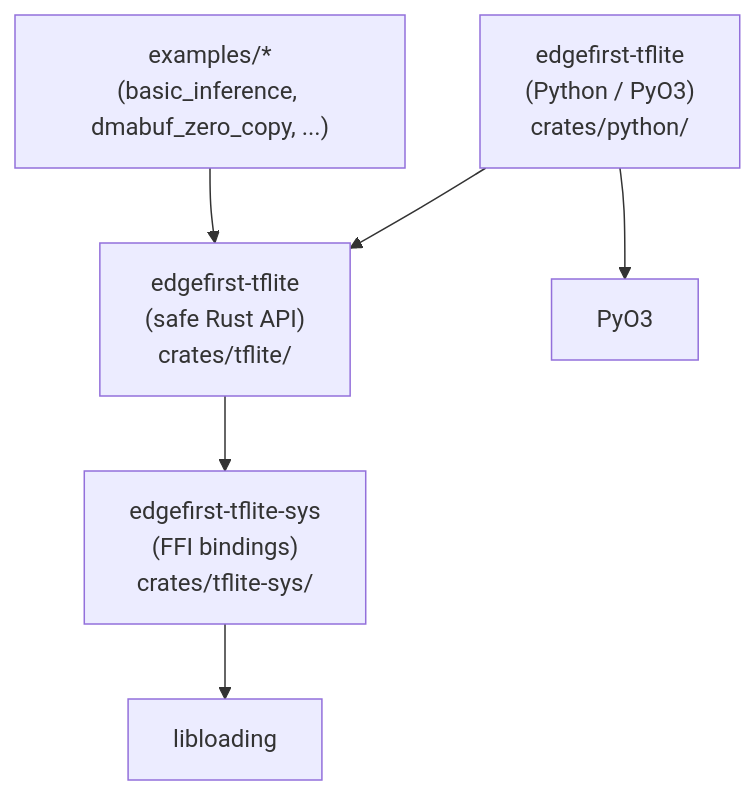
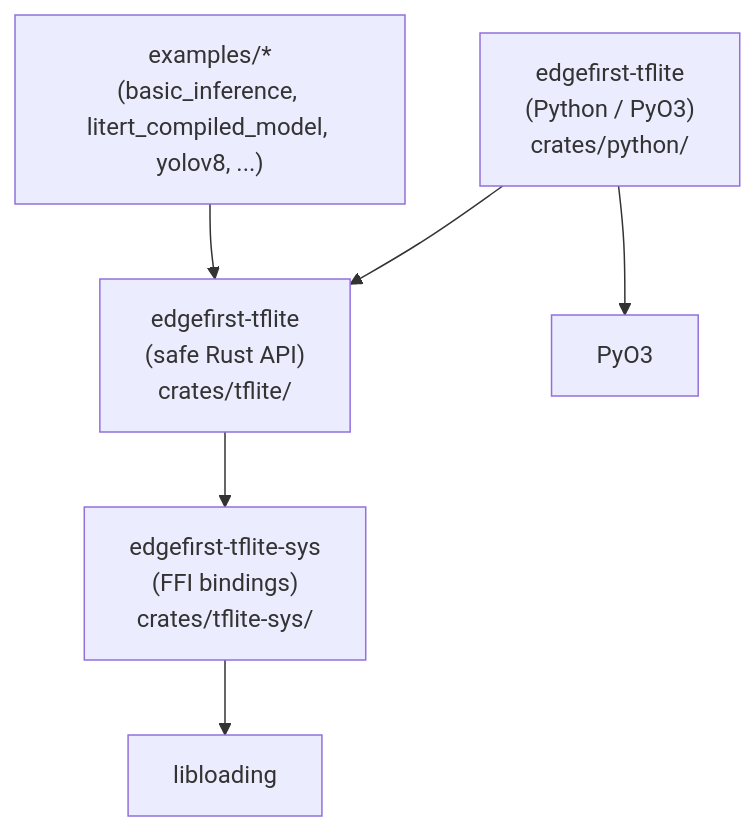
One commit to EdgeFirstAI/tflite-rs changed the first of 3 diagrams in ARCHITECTURE.md. Above: the diagram before and after it, drawn with Mermaid. The commit also changed other lines of this file and 8 other files, not shown here.

````diff
--- a/ARCHITECTURE.md
+++ b/ARCHITECTURE.md
@@ -5,15 +5,15 @@
 ```mermaid
 graph TD
-    examples["examples/*<br/>(basic_inference, dmabuf_zero_copy, ...)"]
+    examples["examples/*<br/>(basic_inference, litert_compiled_model, yolov8, ...)"]
     python["edgefirst-tflite<br/>(Python / PyO3)<br/>crates/python/"]
     tflite["edgefirst-tflite<br/>(safe Rust API)<br/>crates/tflite/"]
     sys["edgefirst-tflite-sys<br/>(FFI bindings)<br/>crates/tflite-sys/"]
     libloading["libloading"]
     pyo3["PyO3"]
 
     examples --> tflite
     python --> tflite
     python --> pyo3
     tflite --> sys
     sys --> libloading
 ```
````
